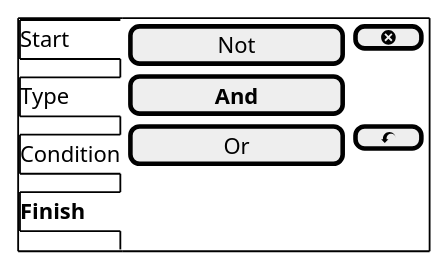
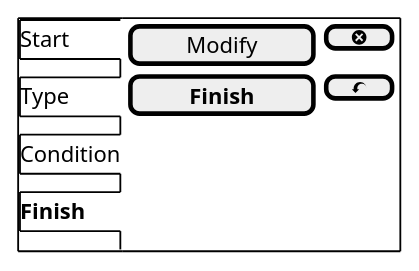
One commit to iteratecode/.github changed the diagram in images/iterate-flow-control-finish-4.plantuml. Above: the diagram before and after it, drawn with PlantUML. The commit also changed 2 other files, not shown here.

```diff
--- a/images/iterate-flow-control-finish-4.plantuml
+++ b/images/iterate-flow-control-finish-4.plantuml
@@ -1,13 +1,12 @@
 @startsalt
 {+
 {/ Start
 Type
 Condition
 <b>Finish } |
 {
-  [Not           ] | [ <&circle-x> ]
-  [<b>And           ] | *
-  [Or            ] | [ <&action-undo> ]
+  [Modify      ] | [ <&circle-x> ]
+  [<b>Finish      ] | [ <&action-undo> ]
 }
 }
 @endsalt
```
